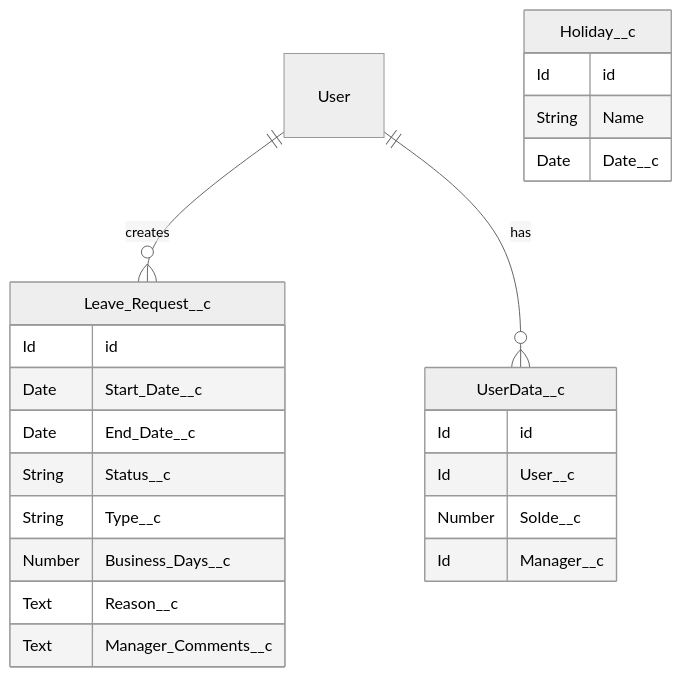
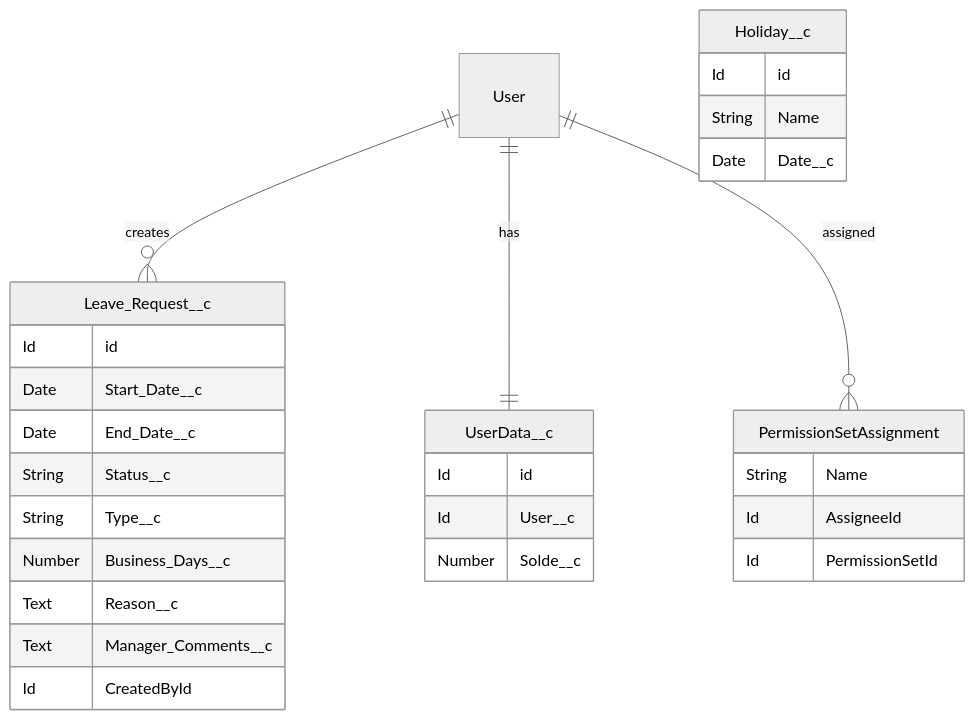
Before and after one commit to Houda-El-Bekkari/portail-conges: the second of 4 diagrams in __documentations/technical_documentation.md, drawn with Mermaid (neutral theme). The commit also changed other lines of this file and 29 other files, not shown here.

````diff
--- a/__documentations/technical_documentation.md
+++ b/__documentations/technical_documentation.md
@@ -131,29 +159,36 @@
 ```mermaid
 erDiagram
     User ||--o{ Leave_Request__c : "creates"
-    User ||--o{ UserData__c : "has"
+    User ||--|| UserData__c : "has"
+    User ||--o{ PermissionSetAssignment : "assigned"
     
     Leave_Request__c {
         Id id
         Date Start_Date__c
         Date End_Date__c
         String Status__c
         String Type__c
         Number Business_Days__c
         Text Reason__c
         Text Manager_Comments__c
+        Id CreatedById
     }
     
     UserData__c {
         Id id
         Id User__c
         Number Solde__c
-        Id Manager__c
     }
     
     Holiday__c {
         Id id
         String Name
         Date Date__c
     }
+    
+    PermissionSetAssignment {
+        String Name
+        Id AssigneeId
+        Id PermissionSetId
+    }
 ```
````
